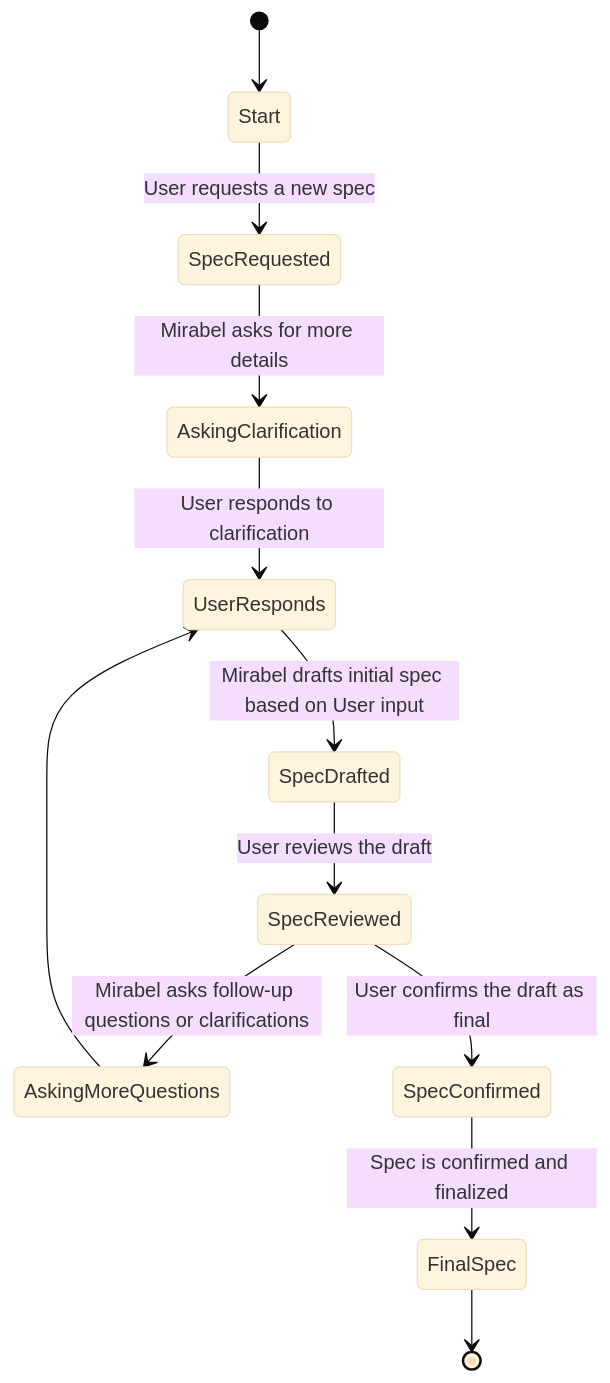
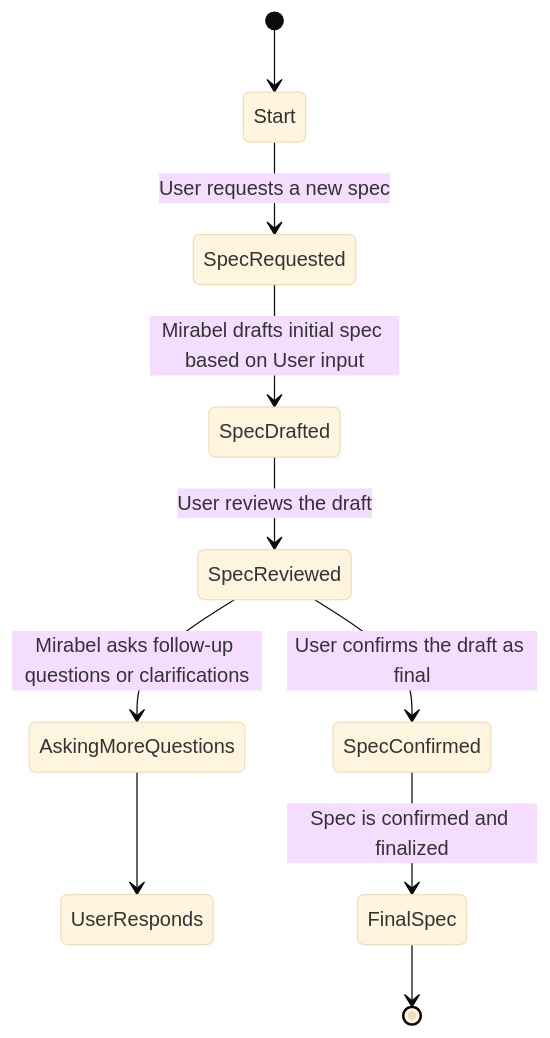
The first of 2 diagrams in README.md (norpie/mirabel), drawn with Mermaid (base theme) before and after one commit.

Commit message:
docs: removed first few spec lines

````diff
--- a/README.md
+++ b/README.md
@@ -69,14 +69,12 @@
 ```mermaid
 stateDiagram-v2
     [*] --> Start
     Start --> SpecRequested: User requests a new spec
-    SpecRequested --> AskingClarification: Mirabel asks for more details
-    AskingClarification --> UserResponds: User responds to clarification
-    UserResponds --> SpecDrafted: Mirabel drafts initial spec based on User input
+    SpecRequested --> SpecDrafted: Mirabel drafts initial spec based on User input
     SpecDrafted --> SpecReviewed: User reviews the draft
     SpecReviewed --> AskingMoreQuestions: Mirabel asks follow-up questions or clarifications
     SpecReviewed --> SpecConfirmed: User confirms the draft as final
     AskingMoreQuestions --> UserResponds
     SpecConfirmed --> FinalSpec: Spec is confirmed and finalized
     FinalSpec --> [*]
 ```
````
